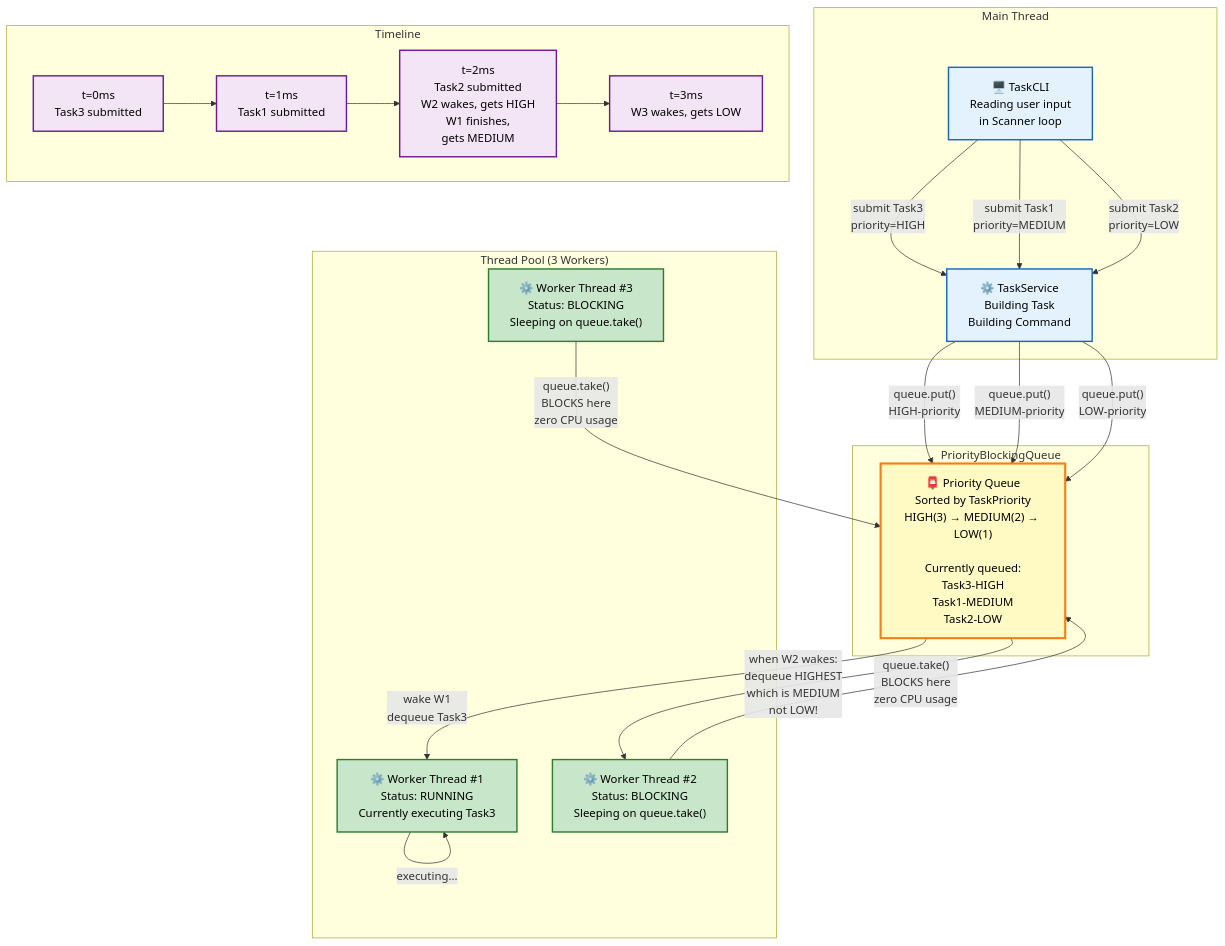
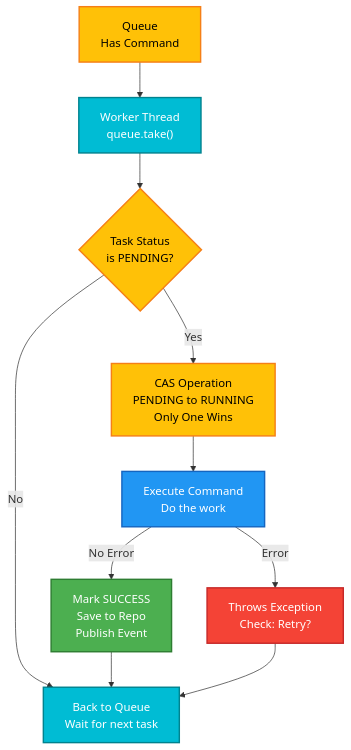
The third of 10 diagrams in src/main/java/com/taskscheduler/docs/diagrams.md (Ashjha75/Multi-threaded-task-scheduler), drawn with Mermaid before and after one commit. The commit also changed other lines of this file and 1 other file, not shown here.

````diff
--- a/src/main/java/com/taskscheduler/docs/diagrams.md
+++ b/src/main/java/com/taskscheduler/docs/diagrams.md
@@ -362,53 +65,37 @@
 ```mermaid
-graph TB
-    subgraph "Main Thread"
-        CLI["🖥️ TaskCLI<br/>Reading user input<br/>in Scanner loop"]
-        Service["⚙️ TaskService<br/>Building Task<br/>Building Command"]
-    end
-
-    subgraph "PriorityBlockingQueue"
-        Queue["📮 Priority Queue<br/>Sorted by TaskPriority<br/>HIGH(3) → MEDIUM(2) → LOW(1)<br/><br/>Currently queued:<br/>Task3-HIGH<br/>Task1-MEDIUM<br/>Task2-LOW"]
-    end
-
-    subgraph "Thread Pool (3 Workers)"
-        W1["⚙️ Worker Thread #1<br/>Status: RUNNING<br/>Currently executing Task3"]
-        W2["⚙️ Worker Thread #2<br/>Status: BLOCKING<br/>Sleeping on queue.take()"]
-        W3["⚙️ Worker Thread #3<br/>Status: BLOCKING<br/>Sleeping on queue.take()"]
-    end
-
-    subgraph "Timeline"
-        T1["t=0ms<br/>Task3 submitted"]
-        T2["t=1ms<br/>Task1 submitted"]
-        T3["t=2ms<br/>Task2 submitted<br/>W2 wakes, gets HIGH<br/>W1 finishes,<br/>gets MEDIUM"]
-        T4["t=3ms<br/>W3 wakes, gets LOW"]
-    end
-
-    CLI -->|"submit Task3<br/>priority=HIGH"| Service
-    Service -->|"queue.put()<br/>HIGH-priority"| Queue
-    Queue -->|"wake W1<br/>dequeue Task3"| W1
-
-    CLI -->|"submit Task1<br/>priority=MEDIUM"| Service
-    Service -->|"queue.put()<br/>MEDIUM-priority"| Queue
-
-    CLI -->|"submit Task2<br/>priority=LOW"| Service
-    Service -->|"queue.put()<br/>LOW-priority"| Queue
-    Queue -->|"when W2 wakes:<br/>dequeue HIGHEST<br/>which is MEDIUM<br/>not LOW!"| W2
-
-    W1 -->|"executing..."| W1
-    W2 -->|"queue.take()<br/>BLOCKS here<br/>zero CPU usage"| Queue
-    W3 -->|"queue.take()<br/>BLOCKS here<br/>zero CPU usage"| Queue
-
-    T1 --> T2
-    T2 --> T3
-    T3 --> T4
-
-    classDef main fill:#e3f2fd,stroke:#1565c0,color:#000,stroke-width:2px
-    classDef queue fill:#fff9c4,stroke:#f57f17,color:#000,stroke-width:3px
-    classDef pool fill:#c8e6c9,stroke:#2e7d32,color:#000,stroke-width:2px
-    classDef timeline fill:#f3e5f5,stroke:#6a1b9a,color:#000,stroke-width:2px
-
-    class CLI,Service main
-    class Queue queue
-    class W1,W2,W3 pool
-    class T1,T2,T3,T4 timeline
+graph TD
+    Queue["Queue<br/>Has Command"]
+    
+    Worker["Worker Thread<br/>queue.take()"]
+    
+    Check{"Task Status<br/>is PENDING?"}
+    
+    CAS["CAS Operation<br/>PENDING to RUNNING<br/>Only One Wins"]
+    
+    Execute["Execute Command<br/>Do the work"]
+    
+    Success["Mark SUCCESS<br/>Save to Repo<br/>Publish Event"]
+    
+    Fail["Throws Exception<br/>Check: Retry?"]
+    
+    Loop["Back to Queue<br/>Wait for next task"]
+    
+    Queue --> Worker
+    Worker --> Check
+    Check -->|Yes| CAS
+    Check -->|No| Loop
+    CAS --> Execute
+    Execute -->|No Error| Success
+    Execute -->|Error| Fail
+    Success --> Loop
+    Fail --> Loop
+    
+    style Queue fill:#FFC107,stroke:#F57F17,color:#000,stroke-width:2px
+    style Worker fill:#00BCD4,stroke:#00838F,color:#fff,stroke-width:2px
+    style Check fill:#FFC107,stroke:#F57F17,color:#000,stroke-width:2px
+    style CAS fill:#FFC107,stroke:#F57F17,color:#000,stroke-width:2px
+    style Execute fill:#2196F3,stroke:#1565C0,color:#fff,stroke-width:2px
+    style Success fill:#4CAF50,stroke:#2E7D32,color:#fff,stroke-width:2px
+    style Fail fill:#F44336,stroke:#C62828,color:#fff,stroke-width:2px
+    style Loop fill:#00BCD4,stroke:#00838F,color:#fff,stroke-width:2px
 ```
````
